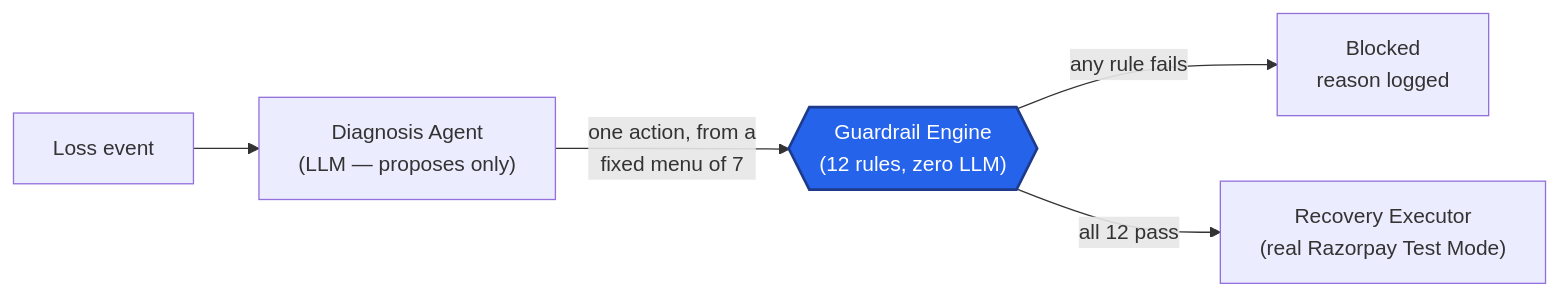
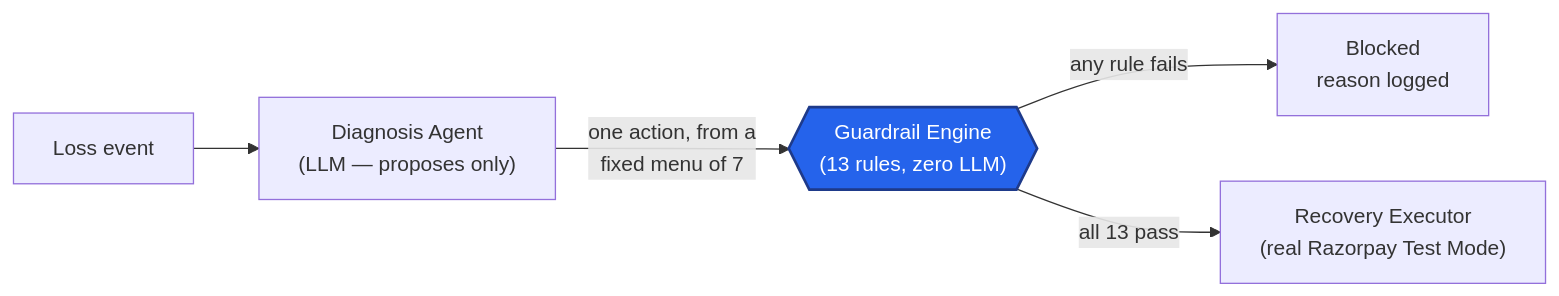
Before and after one commit to ChachanNaman/vasuli-ai: the diagram in BLOG.md, drawn with Mermaid. The commit also changed other lines of this file and 18 other files, not shown here.

First line of the commit message:
Add promise-to-pay guardrail, seed-stability check, and LLM-vs-heuristic agreement

````diff
--- a/BLOG.md
+++ b/BLOG.md
@@ -35,8 +35,8 @@
 ```mermaid
 flowchart LR
     A["Loss event"] --> B["Diagnosis Agent\n(LLM — proposes only)"]
-    B -- "one action, from a\nfixed menu of 7" --> C{{"Guardrail Engine\n(12 rules, zero LLM)"}}
+    B -- "one action, from a\nfixed menu of 7" --> C{{"Guardrail Engine\n(13 rules, zero LLM)"}}
     C -- "any rule fails" --> D["Blocked\nreason logged"]
-    C -- "all 12 pass" --> E["Recovery Executor\n(real Razorpay Test Mode)"]
+    C -- "all 13 pass" --> E["Recovery Executor\n(real Razorpay Test Mode)"]
     style C fill:#2563eb,color:#fff,stroke:#1e3a8a,stroke-width:2px
 ```
````
